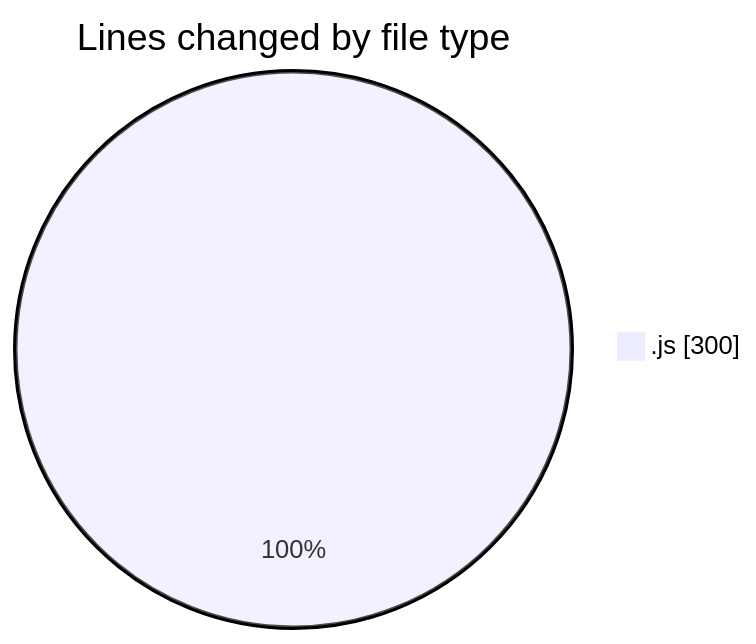
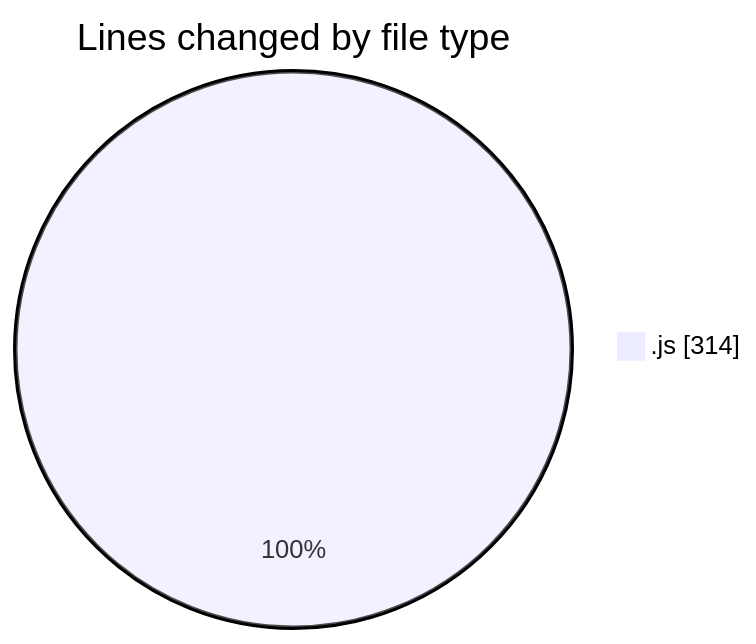
The first of 2 diagrams in 2025-04-16/nxtqube_webapp/README.md (nxtqubesakshisongat/code-tracking), drawn with Mermaid before and after one commit. The commit also changed other lines of this file and 1 other file, not shown here.

````diff
--- a/2025-04-16/nxtqube_webapp/README.md
+++ b/2025-04-16/nxtqube_webapp/README.md
@@ -20,5 +20,5 @@
 ```mermaid
 pie showData
 title Lines changed by file type
-".js" : 300
+".js" : 314
 ```
````
